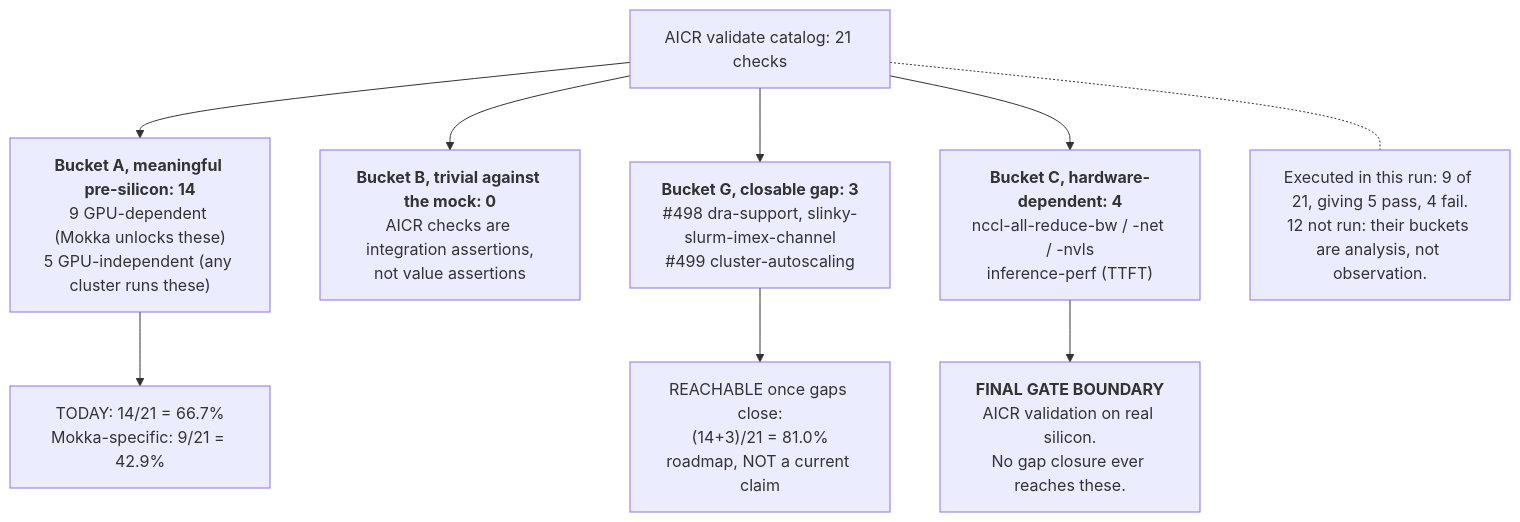
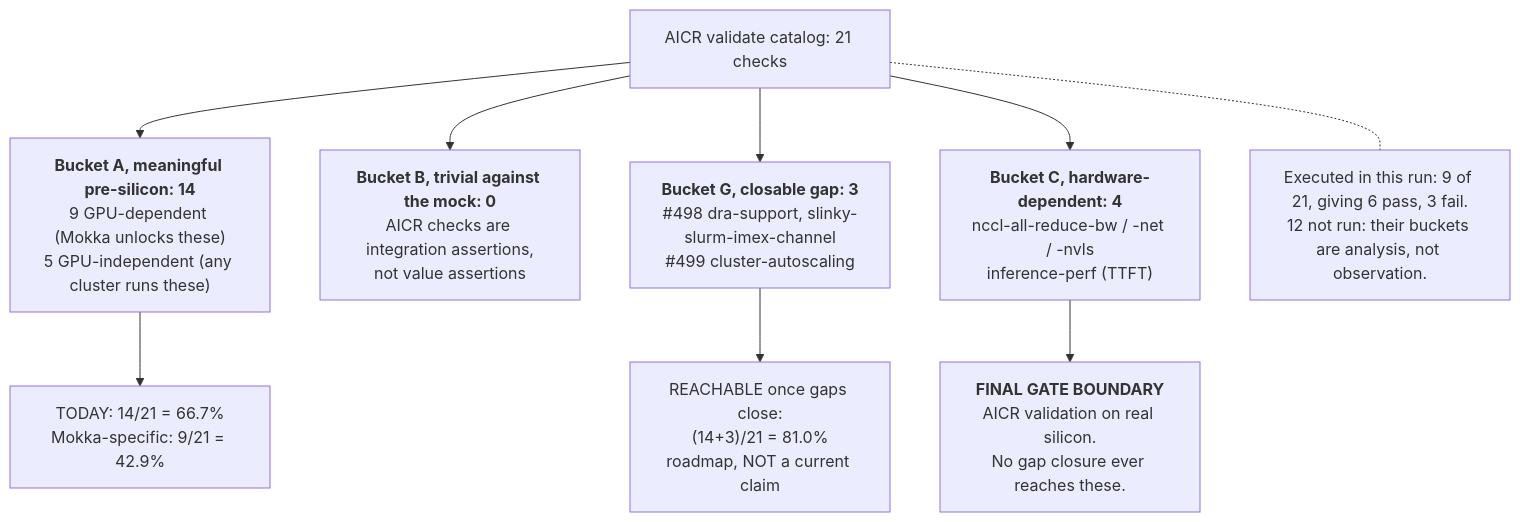
The diagram in docs/aicr-preflight/diagrams/coverage-map.mmd (NVIDIA/k8s-test-infra), drawn with Mermaid before and after one commit. The commit also changed 10 other files, not shown here.

```diff
--- a/docs/aicr-preflight/diagrams/coverage-map.mmd
+++ b/docs/aicr-preflight/diagrams/coverage-map.mmd
@@ -1,17 +1,17 @@
 %% AICR check coverage under Mokka. 21 checks, run 2026-07-25, provenance sim.
 %% Counts MUST match tests/aicr-preflight/catalog.yaml and the generated report.
 flowchart TB
   T["AICR validate catalog: 21 checks"]
 
   T --> A["<b>Bucket A, meaningful pre-silicon: 14</b><br/>9 GPU-dependent (Mokka unlocks these)<br/>5 GPU-independent (any cluster runs these)"]
   T --> B["<b>Bucket B, trivial against the mock: 0</b><br/>AICR checks are integration assertions,<br/>not value assertions"]
   T --> G["<b>Bucket G, closable gap: 3</b><br/>#498 dra-support, slinky-slurm-imex-channel<br/>#499 cluster-autoscaling"]
   T --> C["<b>Bucket C, hardware-dependent: 4</b><br/>nccl-all-reduce-bw / -net / -nvls<br/>inference-perf (TTFT)"]
 
   A --> TODAY["TODAY: 14/21 = 66.7%<br/>Mokka-specific: 9/21 = 42.9%"]
   G --> REACH["REACHABLE once gaps close:<br/>(14+3)/21 = 81.0%<br/>roadmap, NOT a current claim"]
 
   C --> GATE["<b>FINAL GATE BOUNDARY</b><br/>AICR validation on real silicon.<br/>No gap closure ever reaches these."]
 
-  E["Executed in this run: 9 of 21, giving 5 pass, 4 fail.<br/>12 not run: their buckets are analysis, not observation."]
+  E["Executed in this run: 9 of 21, giving 6 pass, 3 fail.<br/>12 not run: their buckets are analysis, not observation."]
   T -.- E
```
